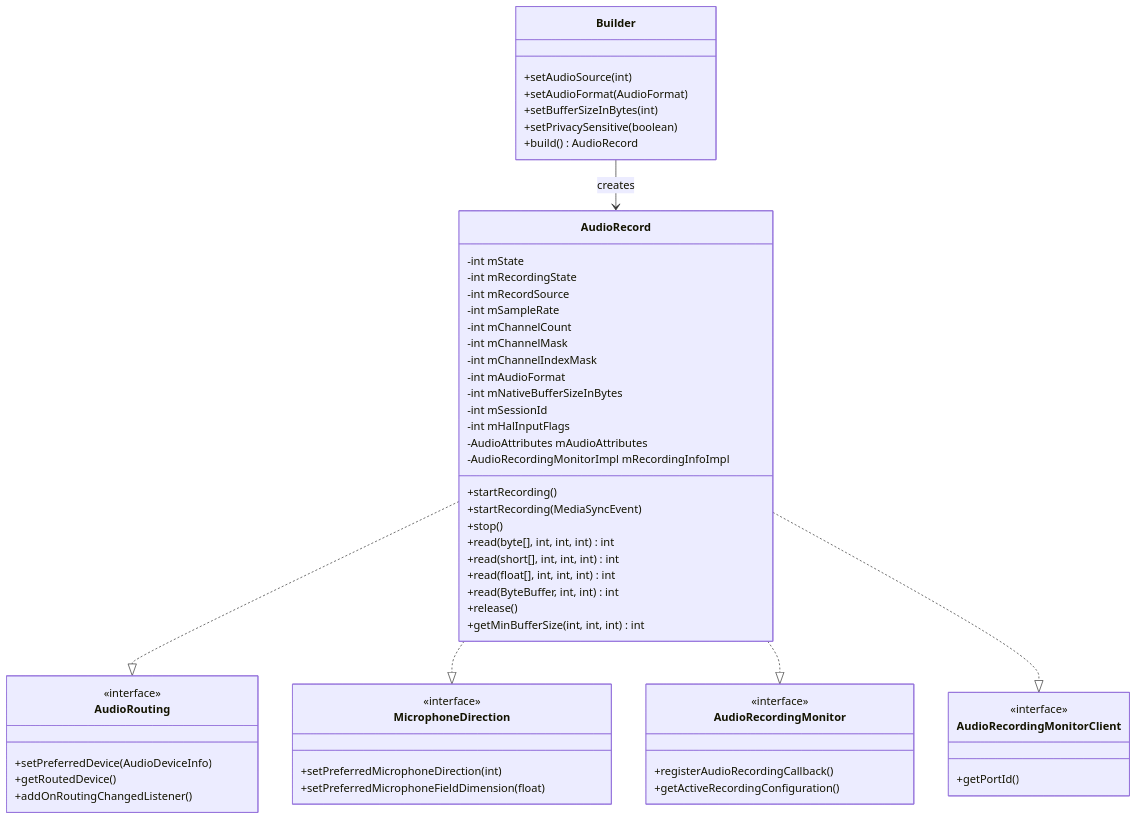
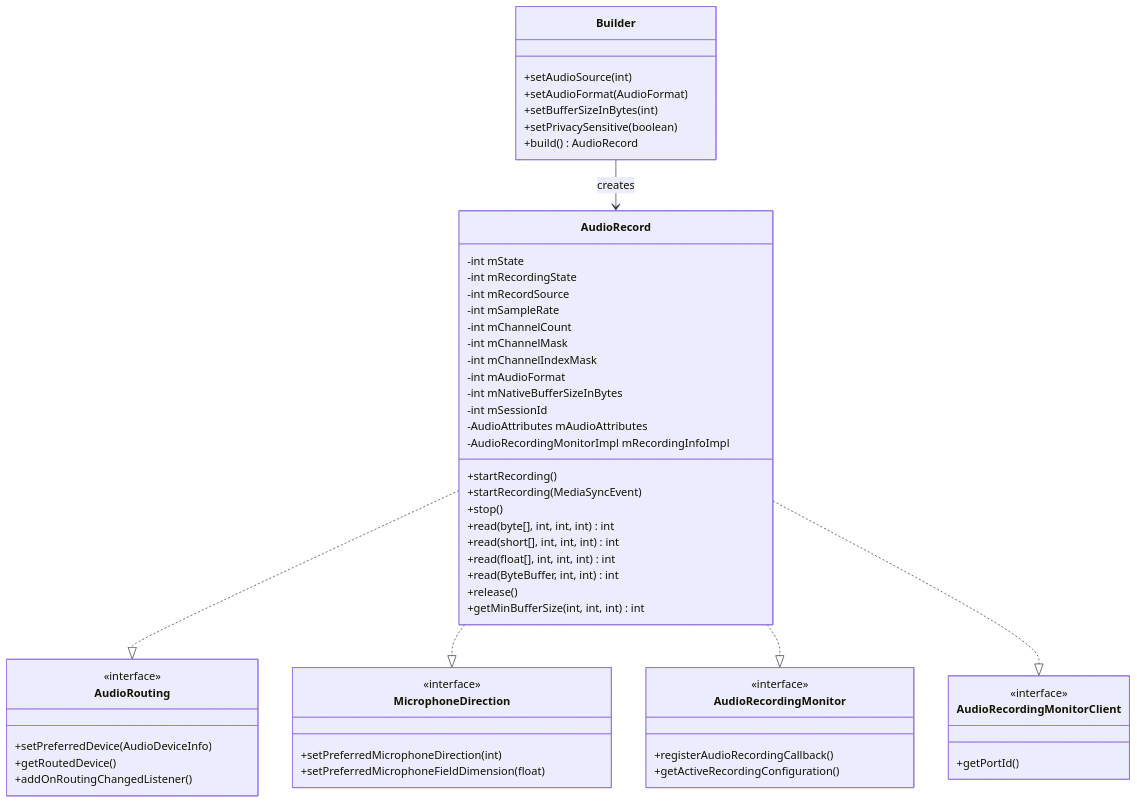
Before and after one commit to yanglinzhen1022/SA8295_AAOS_QNX_Audio_KnowledgeBase: the first of 8 diagrams in 02_Application_Layer/02_2.2_AudioRecord.md, drawn with Mermaid. The commit also changed other lines of this file and 14 other files, not shown here.

````diff
--- a/02_Application_Layer/02_2.2_AudioRecord.md
+++ b/02_Application_Layer/02_2.2_AudioRecord.md
@@ -25,59 +25,58 @@
 ```mermaid
 classDiagram
     class AudioRecord {
         -int mState
         -int mRecordingState
         -int mRecordSource
         -int mSampleRate
         -int mChannelCount
         -int mChannelMask
         -int mChannelIndexMask
         -int mAudioFormat
         -int mNativeBufferSizeInBytes
         -int mSessionId
-        -int mHalInputFlags
         -AudioAttributes mAudioAttributes
         -AudioRecordingMonitorImpl mRecordingInfoImpl
         +startRecording()
         +startRecording(MediaSyncEvent)
         +stop()
         +read(byte[], int, int, int) int
         +read(short[], int, int, int) int
         +read(float[], int, int, int) int
         +read(ByteBuffer, int, int) int
         +release()
         +getMinBufferSize(int, int, int) int
     }
     class AudioRouting {
         <<interface>>
         +setPreferredDevice(AudioDeviceInfo)
         +getRoutedDevice()
         +addOnRoutingChangedListener()
     }
     class MicrophoneDirection {
         <<interface>>
         +setPreferredMicrophoneDirection(int)
         +setPreferredMicrophoneFieldDimension(float)
     }
     class AudioRecordingMonitor {
         <<interface>>
         +registerAudioRecordingCallback()
         +getActiveRecordingConfiguration()
     }
     class AudioRecordingMonitorClient {
         <<interface>>
         +getPortId()
     }
     class Builder {
         +setAudioSource(int)
         +setAudioFormat(AudioFormat)
         +setBufferSizeInBytes(int)
         +setPrivacySensitive(boolean)
         +build() AudioRecord
     }
     AudioRecord ..|> AudioRouting
     AudioRecord ..|> MicrophoneDirection
     AudioRecord ..|> AudioRecordingMonitor
     AudioRecord ..|> AudioRecordingMonitorClient
     Builder --> AudioRecord : creates
 ```
````
